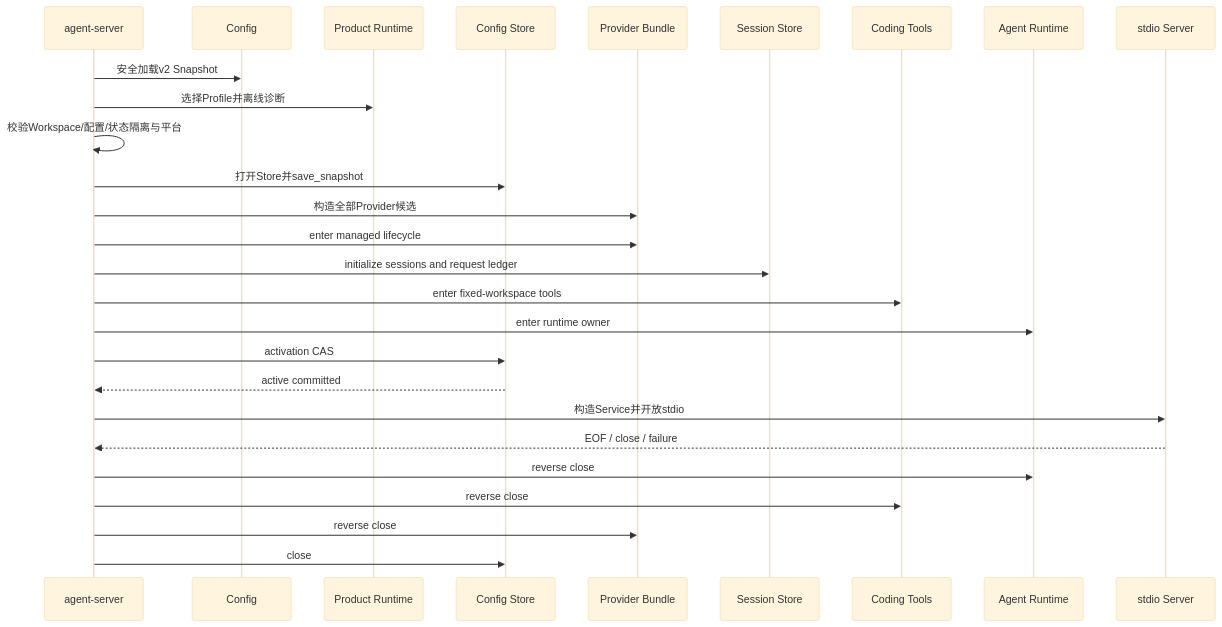
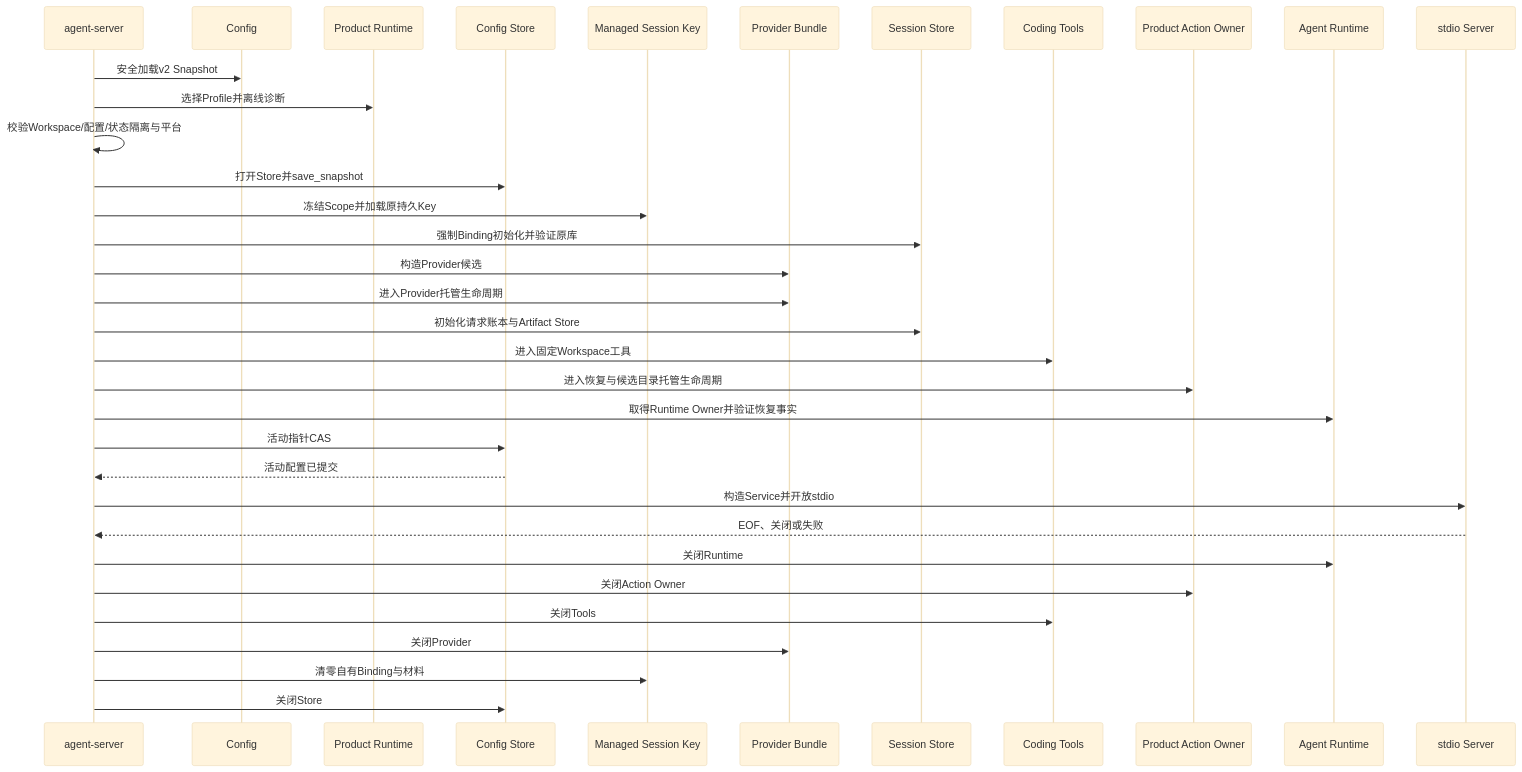
One commit to carrie1988/Harnessix changed diagram 15 of 22 in docs/modules/product-config.md. Above: the diagram before and after it, drawn with Mermaid (base theme). The commit also changed other lines of this file and 10 other files, not shown here.

Commit message:
docs(product): freeze managed key regression and synchronize installation boundaries

````diff
--- a/docs/modules/product-config.md
+++ b/docs/modules/product-config.md
@@ -1025,29 +1025,36 @@
 ```mermaid
 sequenceDiagram
     participant CLI as agent-server
     participant C as Config
     participant P as Product Runtime
     participant DB as Config Store
+    participant K as Managed Session Key
     participant M as Provider Bundle
     participant S as Session Store
     participant T as Coding Tools
+    participant AO as Product Action Owner
     participant A as Agent Runtime
     participant IO as stdio Server
     CLI->>C: 安全加载v2 Snapshot
     CLI->>P: 选择Profile并离线诊断
     CLI->>CLI: 校验Workspace/配置/状态隔离与平台
     CLI->>DB: 打开Store并save_snapshot
-    CLI->>M: 构造全部Provider候选
-    CLI->>M: enter managed lifecycle
-    CLI->>S: initialize sessions and request ledger
-    CLI->>T: enter fixed-workspace tools
-    CLI->>A: enter runtime owner
-    CLI->>DB: activation CAS
-    DB-->>CLI: active committed
+    CLI->>K: 冻结Scope并加载原持久Key
+    CLI->>S: 强制Binding初始化并验证原库
+    CLI->>M: 构造Provider候选
+    CLI->>M: 进入Provider托管生命周期
+    CLI->>S: 初始化请求账本与Artifact Store
+    CLI->>T: 进入固定Workspace工具
+    CLI->>AO: 进入恢复与候选目录托管生命周期
+    CLI->>A: 取得Runtime Owner并验证恢复事实
+    CLI->>DB: 活动指针CAS
+    DB-->>CLI: 活动配置已提交
     CLI->>IO: 构造Service并开放stdio
-    IO-->>CLI: EOF / close / failure
-    CLI->>A: reverse close
-    CLI->>T: reverse close
-    CLI->>M: reverse close
-    CLI->>DB: close
+    IO-->>CLI: EOF、关闭或失败
+    CLI->>A: 关闭Runtime
+    CLI->>AO: 关闭Action Owner
+    CLI->>T: 关闭Tools
+    CLI->>M: 关闭Provider
+    CLI->>K: 清零自有Binding与材料
+    CLI->>DB: 关闭Store
 ```
````
